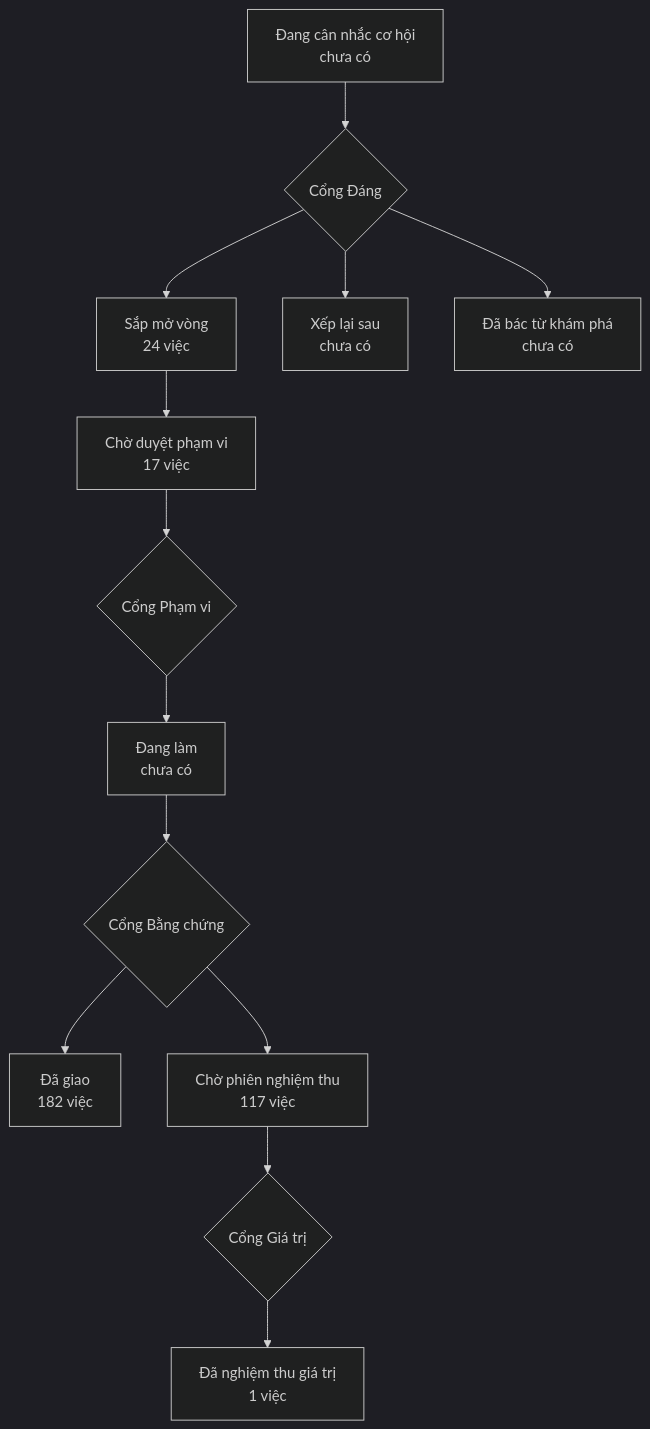
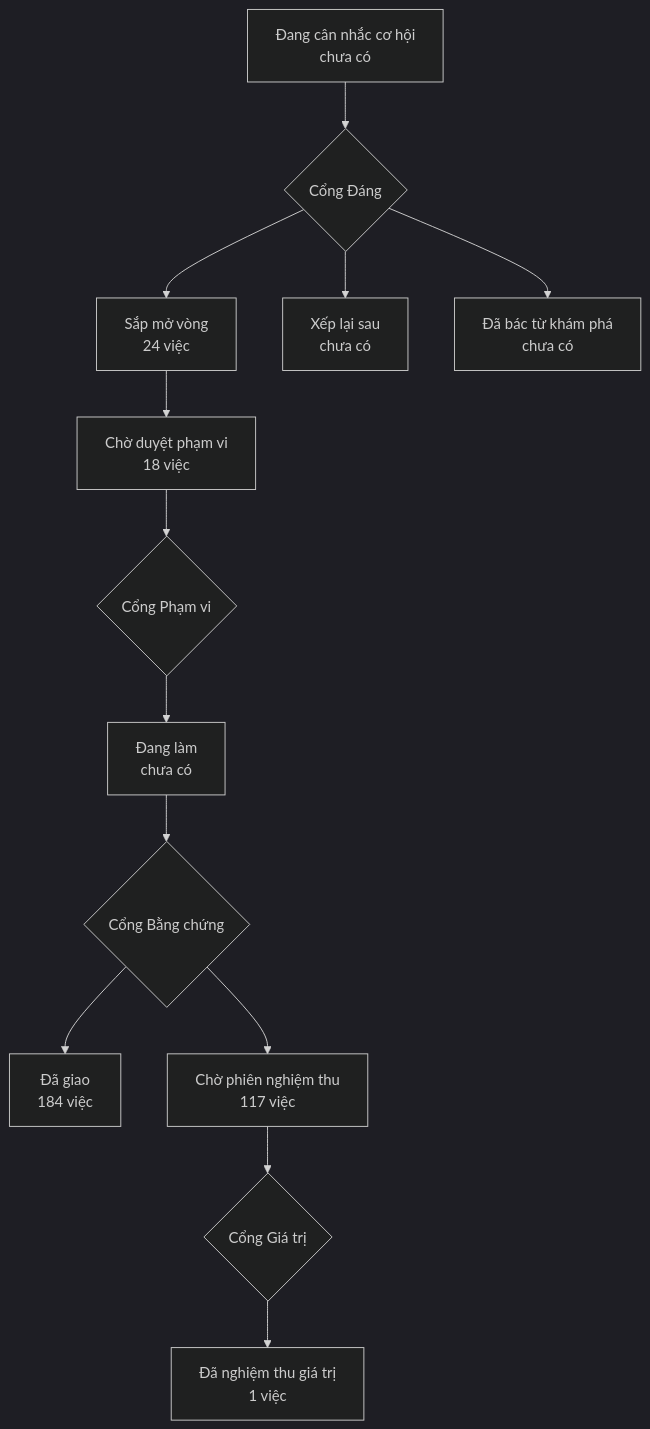
The diagram in PRODUCT-MAP.md (phanlemanh/onehub-invest), drawn with Mermaid (dark theme) before and after one commit. The commit also changed other lines of this file and 1 other file, not shown here.

Commit message:
chore(map): sinh lại bản đồ sau khi gộp main c20db206

````diff
--- a/PRODUCT-MAP.md
+++ b/PRODUCT-MAP.md
@@ -7,12 +7,12 @@
 ```mermaid
 flowchart TD
   A["Đang cân nhắc cơ hội<br/>chưa có"] --> GD{"Cổng Đáng"}
   GD --> B["Sắp mở vòng<br/>24 việc"]
   GD --> XL["Xếp lại sau<br/>chưa có"]
   GD --> DB["Đã bác từ khám phá<br/>chưa có"]
-  B --> CD["Chờ duyệt phạm vi<br/>17 việc"] --> GP{"Cổng Phạm vi"}
+  B --> CD["Chờ duyệt phạm vi<br/>18 việc"] --> GP{"Cổng Phạm vi"}
   GP --> DL["Đang làm<br/>chưa có"] --> GB{"Cổng Bằng chứng"}
-  GB --> DG["Đã giao<br/>182 việc"]
+  GB --> DG["Đã giao<br/>184 việc"]
   GB --> CN["Chờ phiên nghiệm thu<br/>117 việc"] --> GG{"Cổng Giá trị"}
   GG --> NT["Đã nghiệm thu giá trị<br/>1 việc"]
 ```
````
